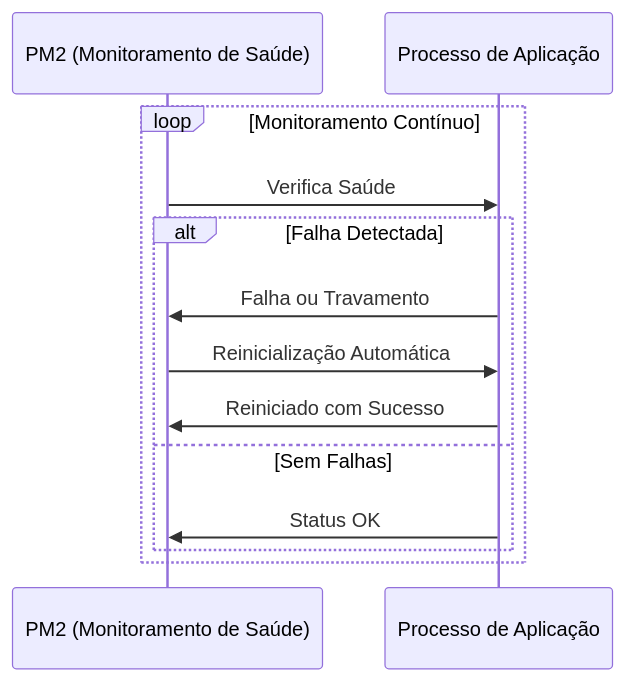
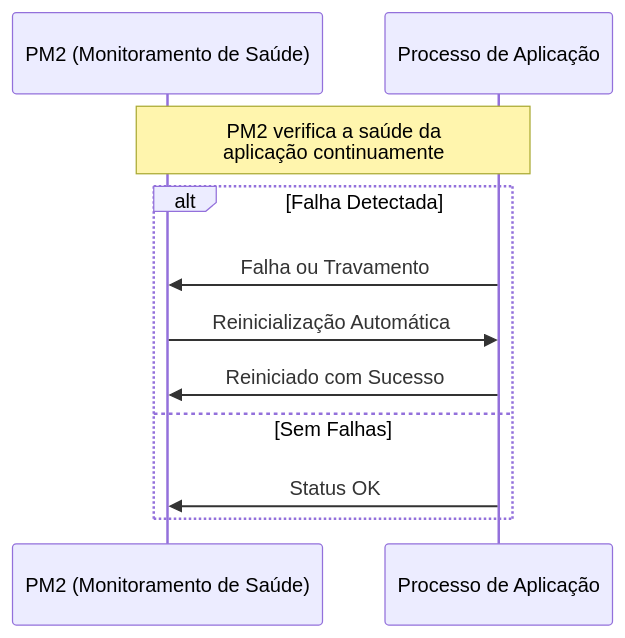
The diagram in diagrams/pm2-fault-tolerance.mmd (pitroldev/uerj-tcc), drawn with Mermaid before and after one commit. The commit also changed 4 other files, not shown here.

```diff
--- a/diagrams/pm2-fault-tolerance.mmd
+++ b/diagrams/pm2-fault-tolerance.mmd
@@ -1,14 +1,12 @@
 sequenceDiagram
     participant PM2 as PM2 (Monitoramento de Saúde)
     participant App as Processo de Aplicação
 
-    loop Monitoramento Contínuo
-        PM2->>App: Verifica Saúde
-        alt Falha Detectada
-            App->>PM2: Falha ou Travamento
-            PM2->>App: Reinicialização Automática
-            App->>PM2: Reiniciado com Sucesso
-        else Sem Falhas
-            App->>PM2: Status OK
-        end
+    Note over PM2, App: PM2 verifica a saúde da<br/>aplicação continuamente
+    alt Falha Detectada
+        App->>PM2: Falha ou Travamento
+        PM2->>App: Reinicialização Automática
+        App->>PM2: Reiniciado com Sucesso
+    else Sem Falhas
+        App->>PM2: Status OK
     end
```
